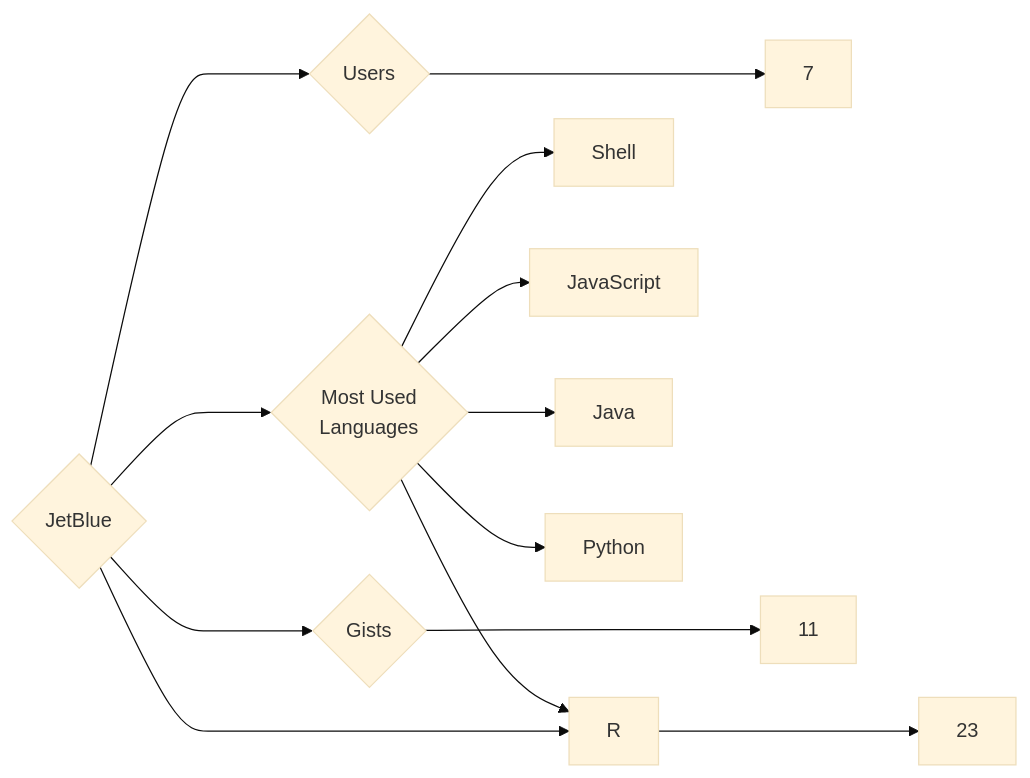
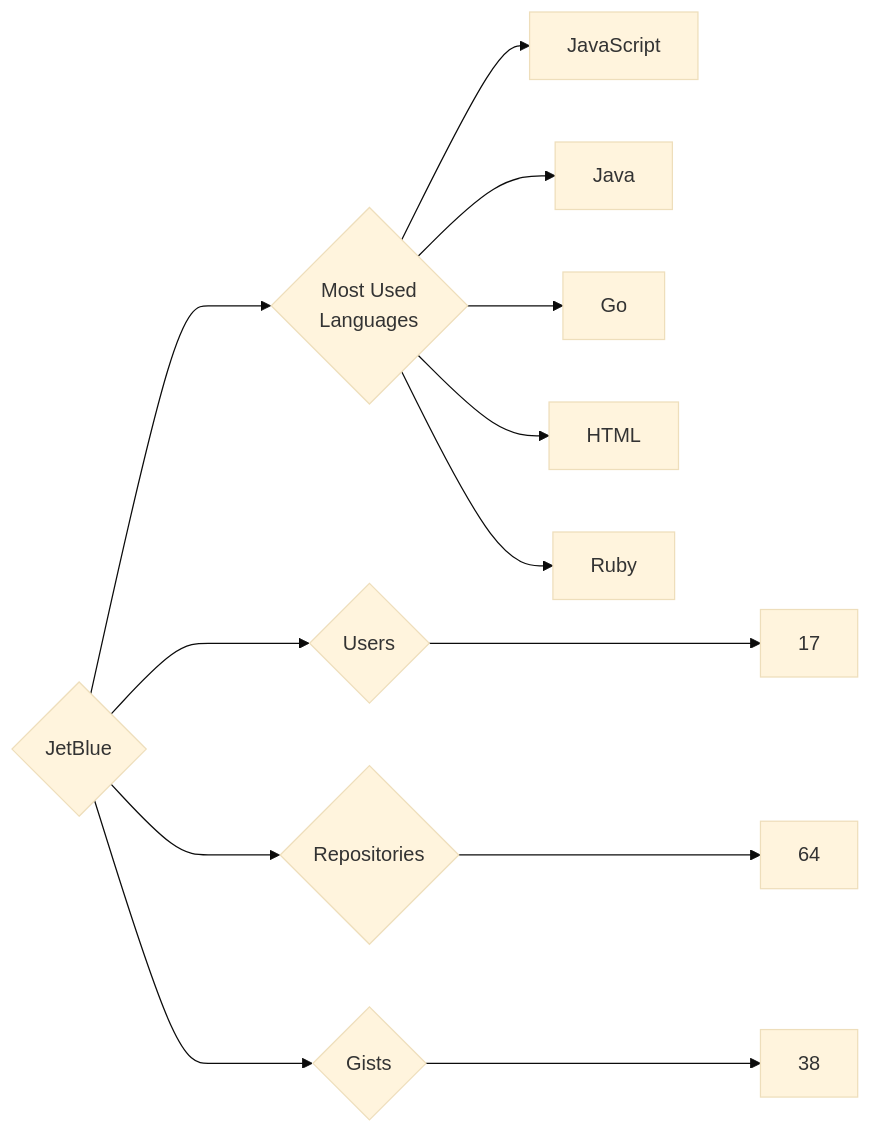
The diagram in targets/JetBlue/README.md (trickest/insiders), drawn with Mermaid (base theme) before and after one commit. The commit also changed 872 other files, not shown here.

````diff
--- a/targets/JetBlue/README.md
+++ b/targets/JetBlue/README.md
@@ -3,13 +3,13 @@
 ```mermaid
 graph LR
 COMPANY_NAME{JetBlue}
-COMPANY_NAME ---> U{Users} ---> UN[7]
-COMPANY_NAME ---> R{Repositories} ---> RN[23]
-COMPANY_NAME ---> G{Gists} ---> GN[11]
+COMPANY_NAME ---> U{Users} ---> UN[17]
+COMPANY_NAME ---> R{Repositories} ---> RN[64]
+COMPANY_NAME ---> G{Gists} ---> GN[38]
 COMPANY_NAME ---> ML{Most Used<br>Languages}
-ML --> Shell[Shell]
 ML --> JavaScript[JavaScript]
 ML --> Java[Java]
-ML --> R[R]
-ML --> Python[Python]
+ML --> Go[Go]
+ML --> HTML[HTML]
+ML --> Ruby[Ruby]
 ```
````
